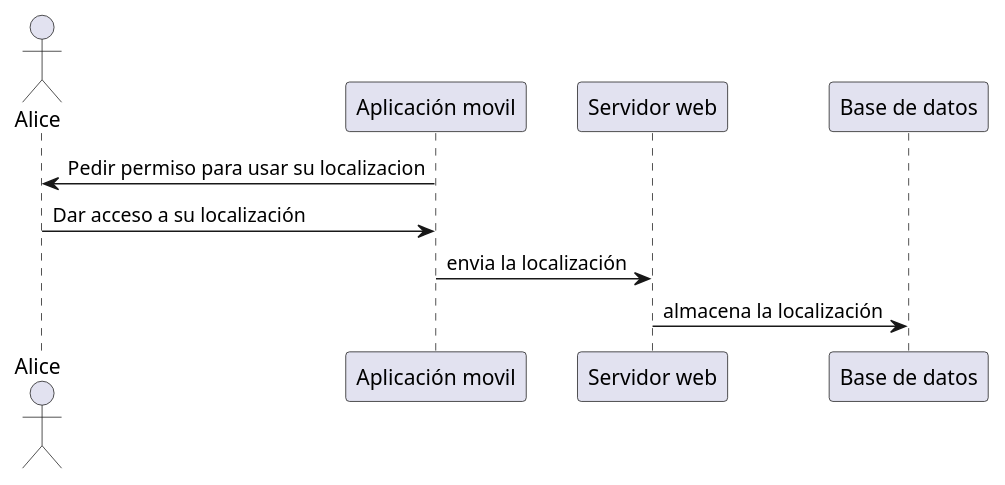
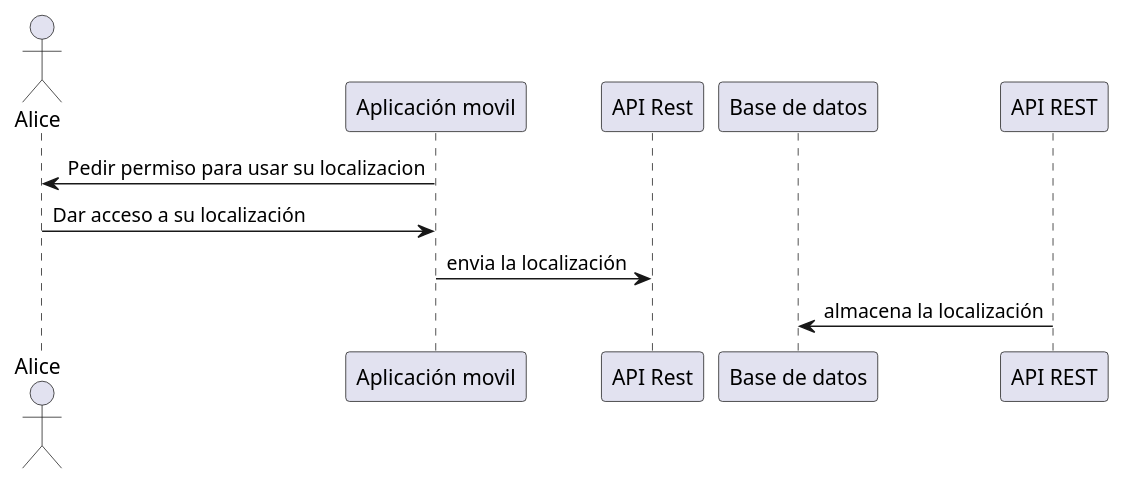
One commit to Arquisoft/radarin_es4b changed the first of 3 diagrams in webapp/docs/06_runtime_view.adoc. Above: the diagram before and after it, drawn with PlantUML. The commit also changed other lines of this file and 18 other files, not shown here.

```diff
--- a/webapp/docs/06_runtime_view.adoc
+++ b/webapp/docs/06_runtime_view.adoc
@@ -9,11 +9,11 @@
 [plantuml,"Subir posición",png]
 ----
 actor Alice
 participant  "Aplicación movil"
-participant "Servidor web"
+participant "API Rest"
 participant "Base de datos"
 "Aplicación movil" -> Alice: Pedir permiso para usar su localizacion
 Alice -> "Aplicación movil": Dar acceso a su localización
-"Aplicación movil" -> "Servidor web": envia la localización
-"Servidor web" -> "Base de datos": almacena la localización
+"Aplicación movil" -> "API Rest": envia la localización
+"API REST" -> "Base de datos": almacena la localización
 ----
```
